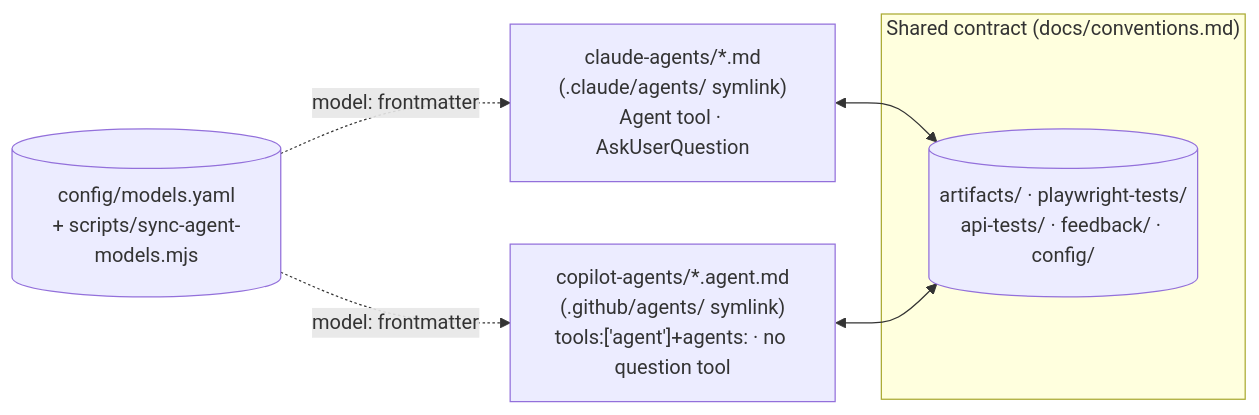
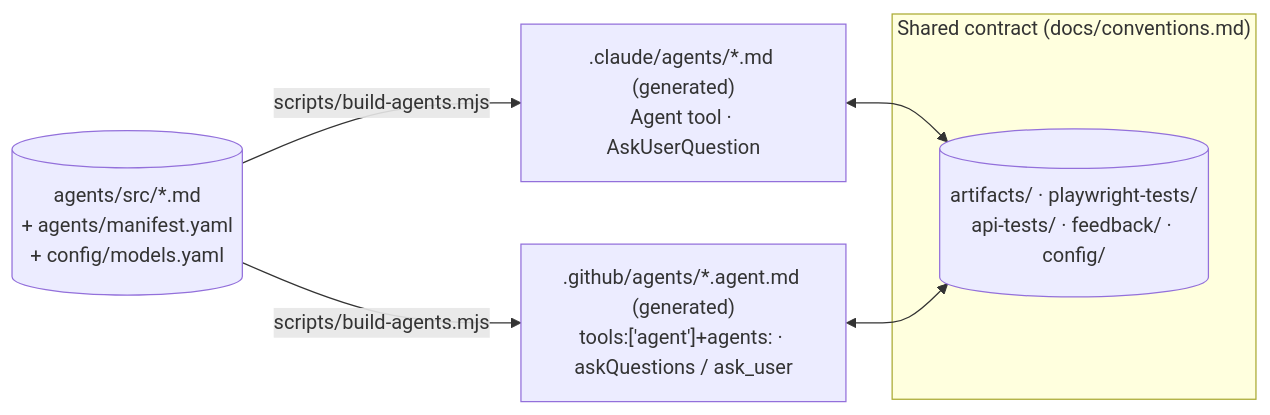
Before and after one commit to RakeshM7/agentic-testing-framework: the first of 5 diagrams in architecture.md, drawn with Mermaid. The commit also changed other lines of this file and 4 other files, not shown here.

First line of the commit message:
docs: document single-source agents and the Copilot setup

````diff
--- a/architecture.md
+++ b/architecture.md
@@ -17,10 +17,10 @@
 ```mermaid
 flowchart LR
     subgraph Shared["Shared contract (docs/conventions.md)"]
         ART[("artifacts/ · playwright-tests/\napi-tests/ · feedback/ · config/")]
     end
-    CA["claude-agents/*.md\n(.claude/agents/ symlink)\nAgent tool · AskUserQuestion"] <--> ART
-    CO["copilot-agents/*.agent.md\n(.github/agents/ symlink)\ntools:['agent']+agents: · no question tool"] <--> ART
-    MODELS[("config/models.yaml\n+ scripts/sync-agent-models.mjs")] -. "model: frontmatter" .-> CA
-    MODELS -. "model: frontmatter" .-> CO
+    SRC[("agents/src/*.md\n+ agents/manifest.yaml\n+ config/models.yaml")] -- "scripts/build-agents.mjs" --> CA
+    SRC -- "scripts/build-agents.mjs" --> CO
+    CA[".claude/agents/*.md (generated)\nAgent tool · AskUserQuestion"] <--> ART
+    CO[".github/agents/*.agent.md (generated)\ntools:['agent']+agents: · askQuestions / ask_user"] <--> ART
 ```
````
